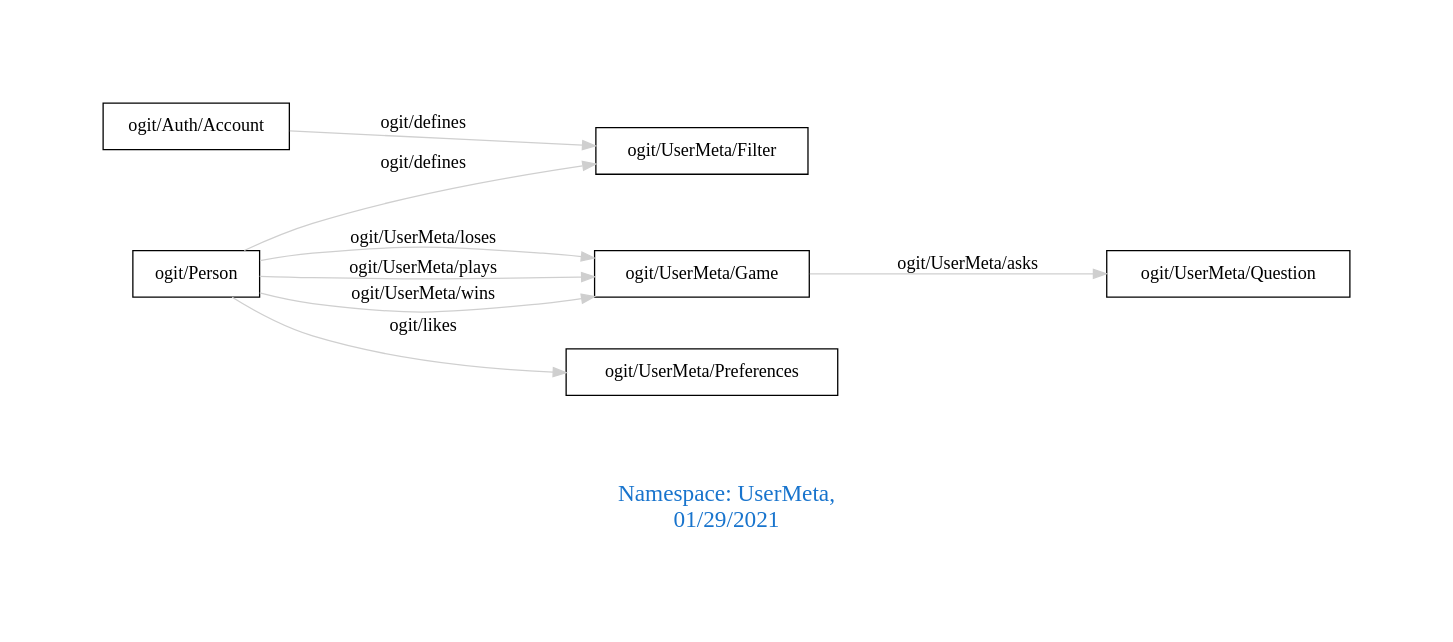
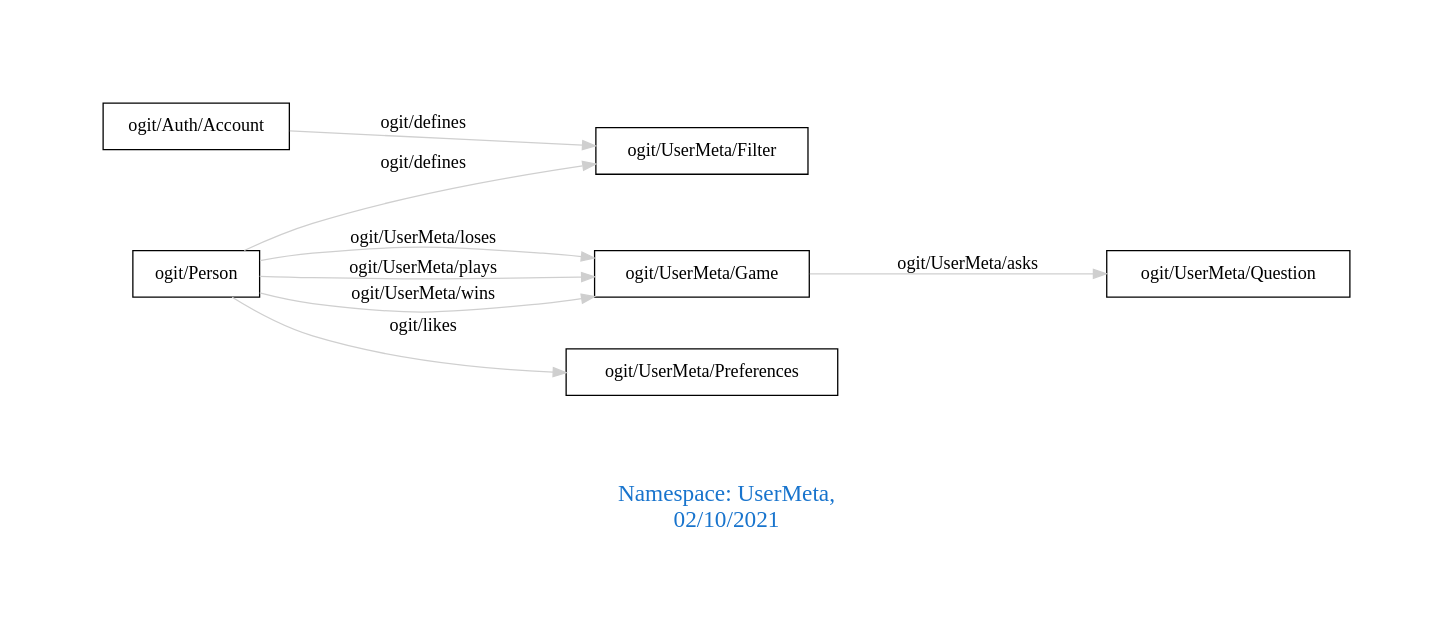
The diagram in downloads/UserMeta.dot (arago/OGIT), drawn with Graphviz before and after one commit. The commit also changed 1867 other files, not shown here.

```diff
--- a/downloads/UserMeta.dot
+++ b/downloads/UserMeta.dot
@@ -1,15 +1,15 @@
 digraph OGIT_ontology {
  graph [ rankdir= LR,pad=1 
 fontsize = 18,
-fontcolor= dodgerblue3,label = "\n\n\nNamespace: UserMeta, \n 01/29/2021"];
+fontcolor= dodgerblue3,label = "\n\n\nNamespace: UserMeta, \n 02/10/2021"];
 node[shape=polygon];
 edge [  color="gray81"];
 
    "ogit/Auth/Account" -> "ogit/UserMeta/Filter" [label="   ogit/defines    "];
    "ogit/Person" -> "ogit/UserMeta/Filter" [label="   ogit/defines    "];
    "ogit/UserMeta/Game" -> "ogit/UserMeta/Question" [label="   ogit/UserMeta/asks    "];
    "ogit/Person" -> "ogit/UserMeta/Preferences" [label="   ogit/likes    "];
    "ogit/Person" -> "ogit/UserMeta/Game" [label="   ogit/UserMeta/loses    "];
    "ogit/Person" -> "ogit/UserMeta/Game" [label="   ogit/UserMeta/plays    "];
    "ogit/Person" -> "ogit/UserMeta/Game" [label="   ogit/UserMeta/wins    "];
 }
```
